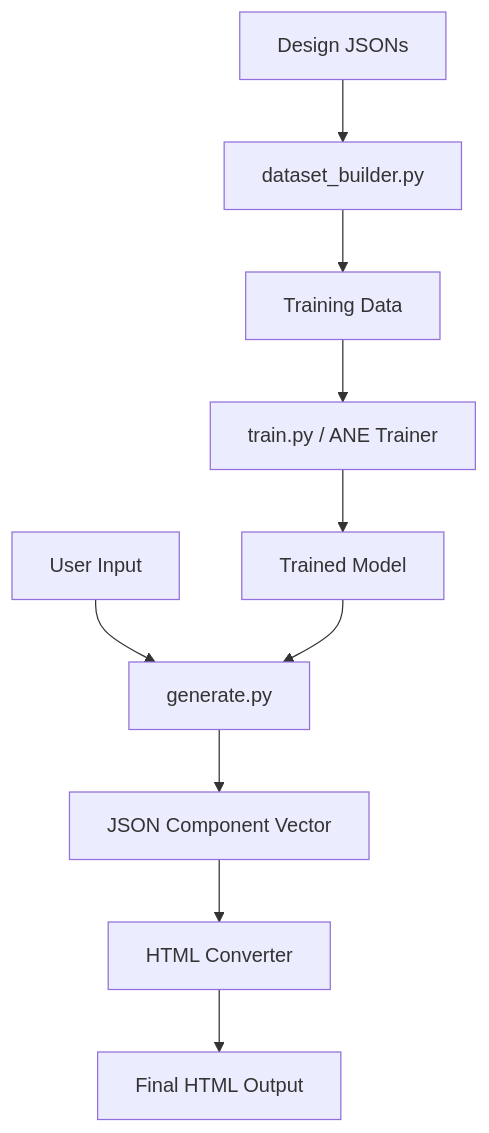
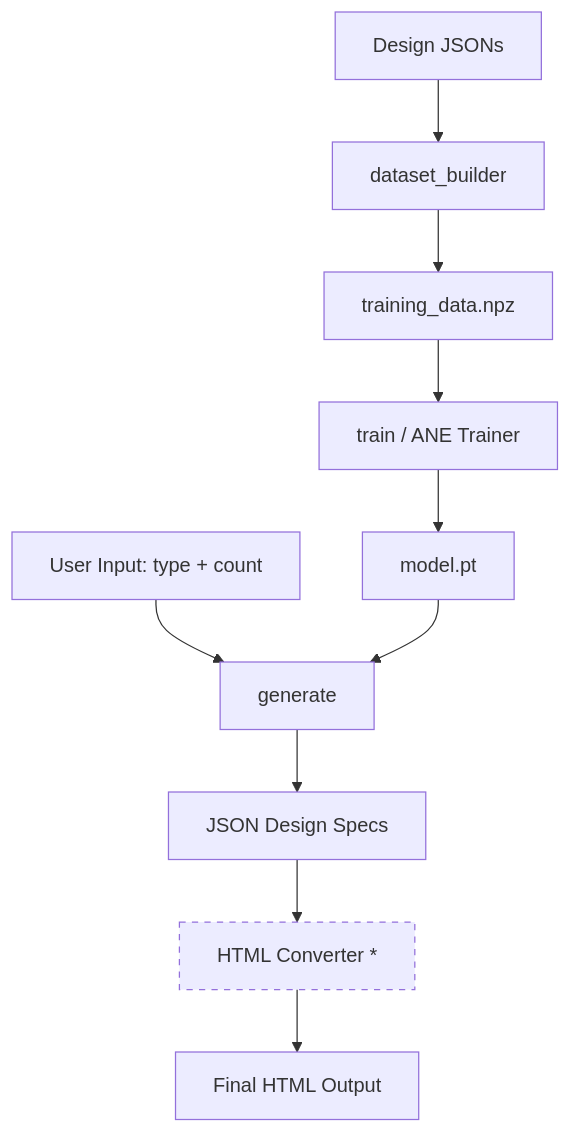
Before and after one commit to Lumi-node/design-genai: the diagram in README.md, drawn with Mermaid. The commit also changed other lines of this file, not shown here.

Commit message:
Fix README: match actual API, document generate module limitation

````diff
--- a/README.md
+++ b/README.md
@@ -59,12 +85,14 @@
 ```mermaid
 graph TD
-    A[Design JSONs] --> B[dataset_builder.py]
-    B --> C[Training Data]
-    C --> D[train.py / ANE Trainer]
-    D --> E[Trained Model]
-    F[User Input] --> G[generate.py]
+    A[Design JSONs] --> B[dataset_builder]
+    B --> C[training_data.npz]
+    C --> D[train / ANE Trainer]
+    D --> E[model.pt]
+    F[User Input: type + count] --> G[generate]
     E --> G
-    G --> H[JSON Component Vector]
-    H --> I[HTML Converter]
+    G --> H[JSON Design Specs]
+    H --> I[HTML Converter *]
     I --> J[Final HTML Output]
+
+    style I stroke-dasharray: 5 5
 ```
````
